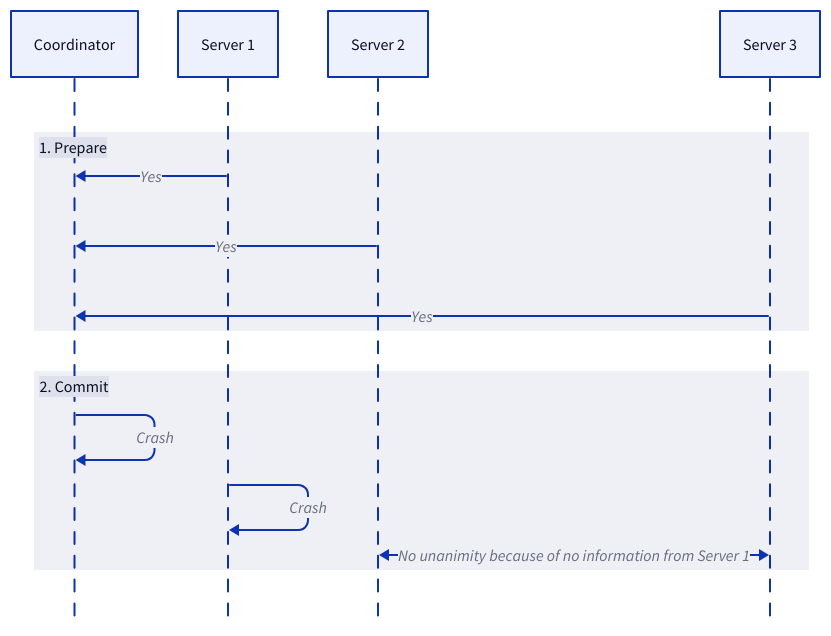
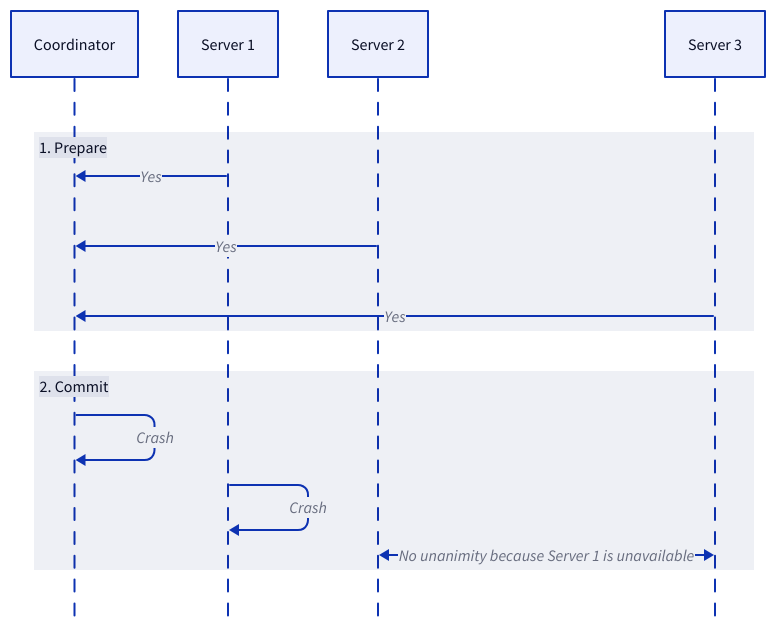
The seventh of 15 diagrams in content/design-patterns/distributed-transaction/blocking-protocols.md (link1905/system-design-101), drawn with D2 before and after one commit. The commit also changed other lines of this file and 42 other files, not shown here.

````diff
--- a/content/design-patterns/distributed-transaction/blocking-protocols.md
+++ b/content/design-patterns/distributed-transaction/blocking-protocols.md
@@ -244,31 +244,31 @@
 ```d2
 shape: sequence_diagram
 c: Coordinator {
     class: router
 }
 s1: Server 1 {
     class: server
 }
 s2: Server 2 {
     class: server
 }
 s3: Server 3 {
     class: server
 }
 "1. Prepare" {
     s1 -> c: "Yes"
     s2 -> c: "Yes"
     s3 -> c: "Yes"
 }
 "2. Commit" {
     c -> c: Crash {
         class: error-conn
     }
     s1 -> s1: Crash {
         class: error-conn
     }
-    s2 <-> s3: No unanimity because of no information from Server 1 {
+    s2 <-> s3: No unanimity because Server 1 is unavailable {
         class: error-conn
     }
 }
 ```
````
